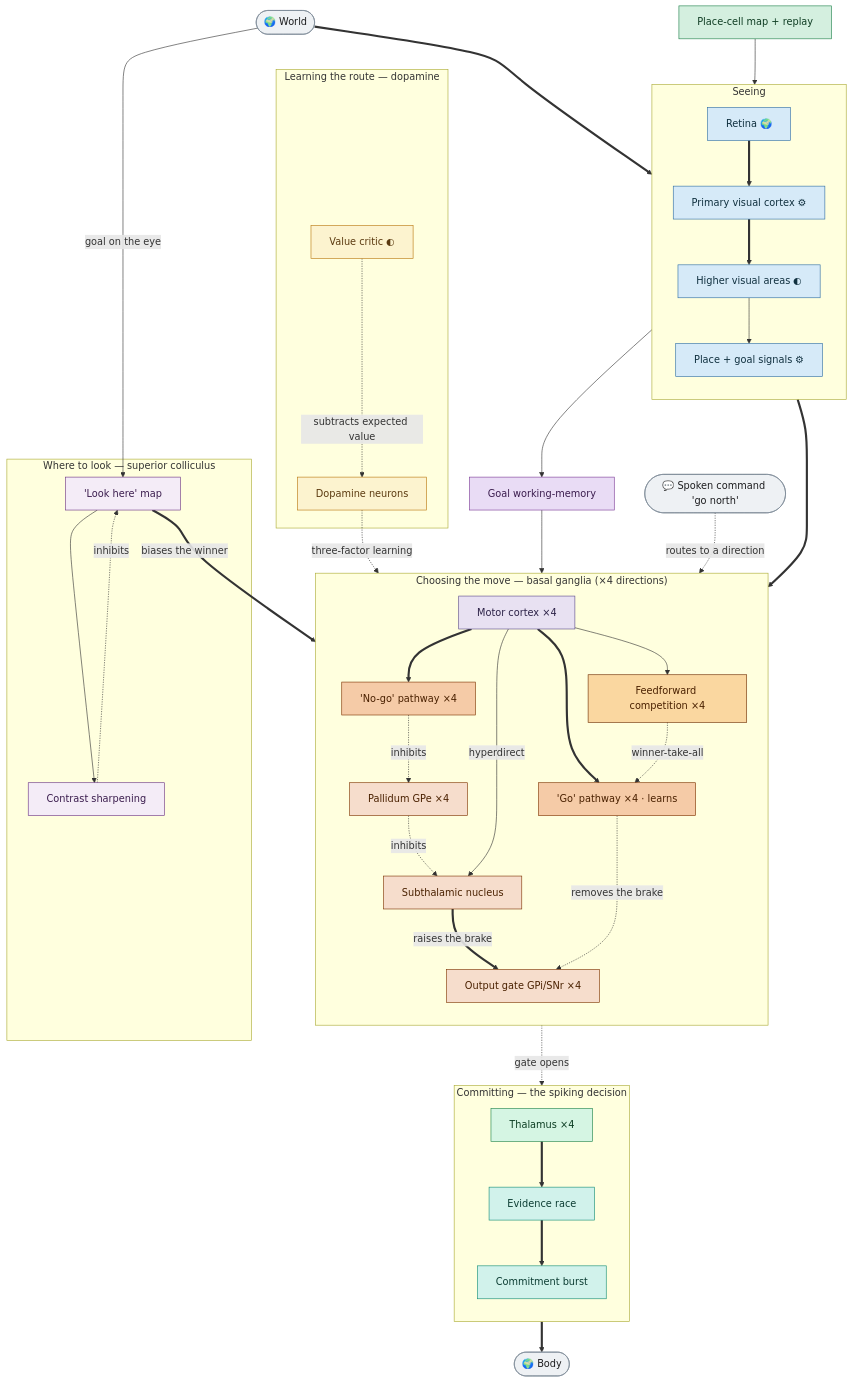
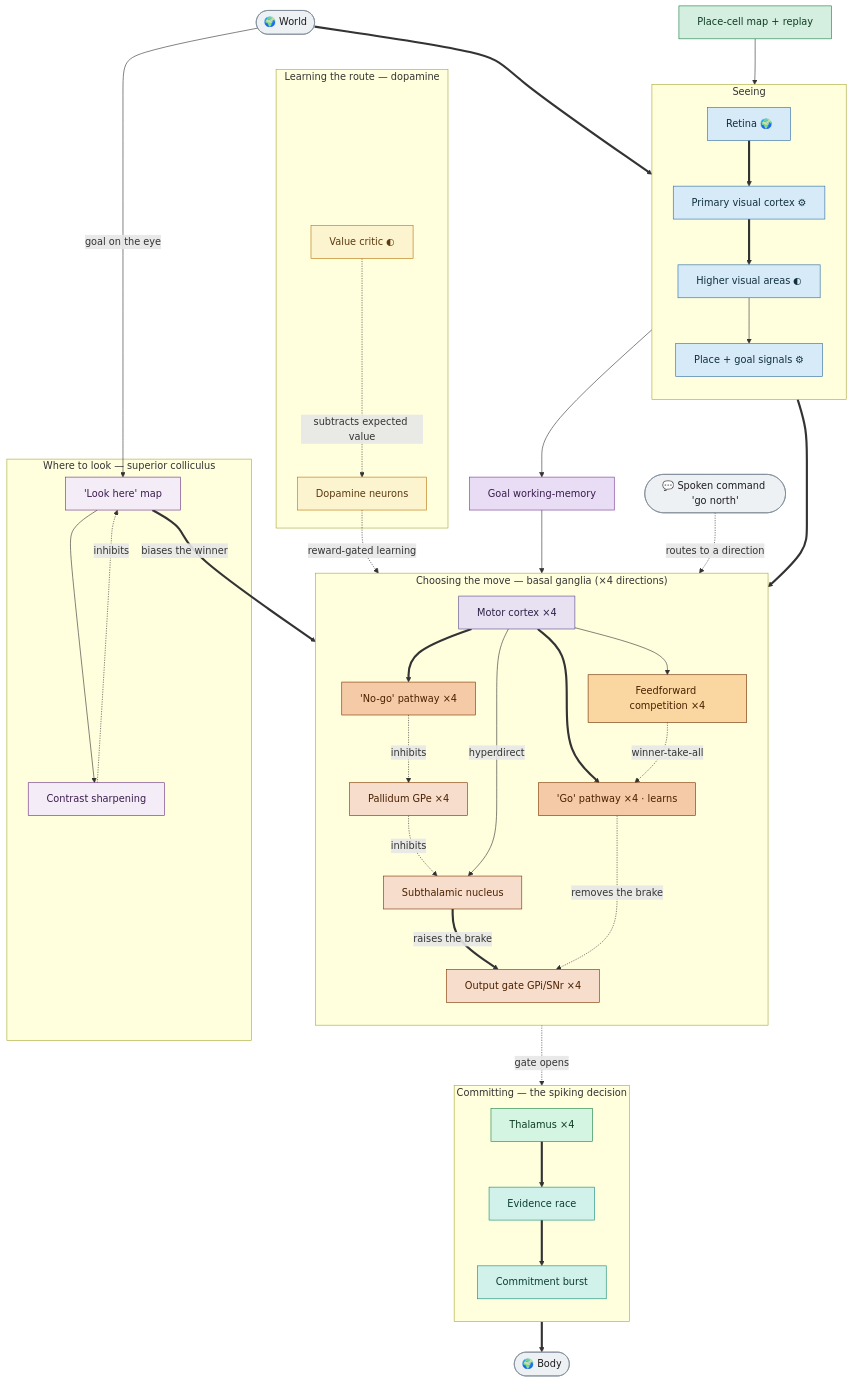
One commit to danthi123/neural-simulator changed the second of 5 diagrams in docs/diagrams/brain_architecture_detailed.md. Above: the diagram before and after it, drawn with Mermaid. The commit also changed other lines of this file and 14 other files, not shown here.

```diff
--- a/docs/diagrams/brain_architecture_detailed.md
+++ b/docs/diagrams/brain_architecture_detailed.md
@@ -142,7 +143,7 @@
       SNC["Dopamine neurons"]:::reward
       VCRIT["Value critic ◐"]:::reward
       VCRIT -.->|subtracts expected value| SNC
-      SNC -.->|three-factor learning| D1
+      SNC -.->|reward-gated learning| D1
     end
 
     HIPPO["Place-cell map + replay"]:::mem
```
